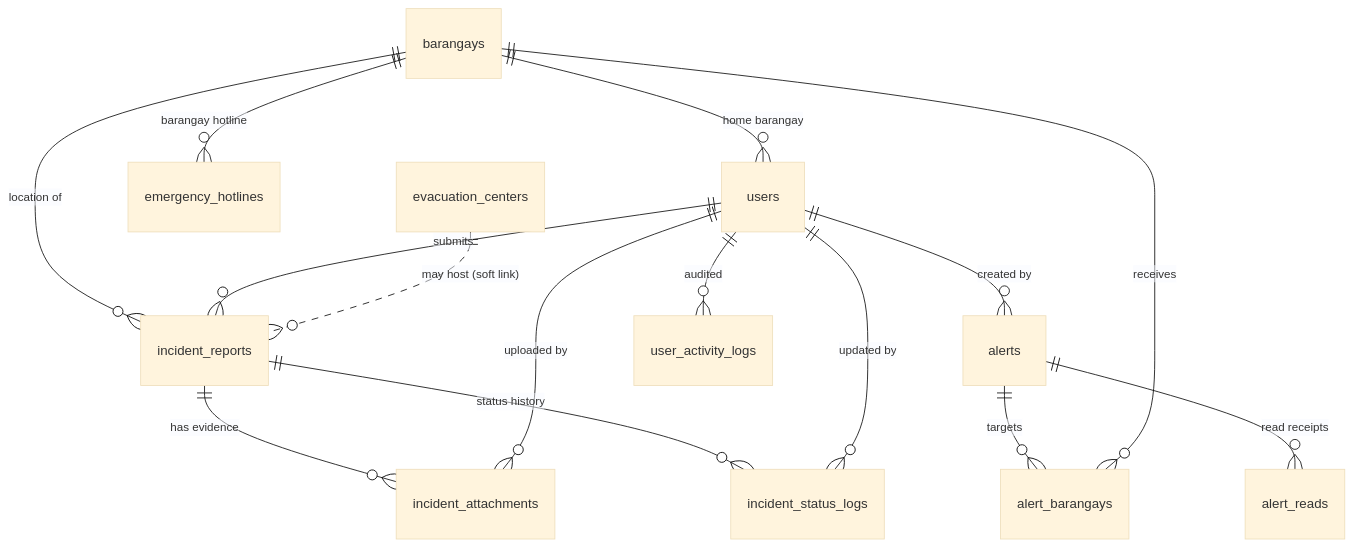
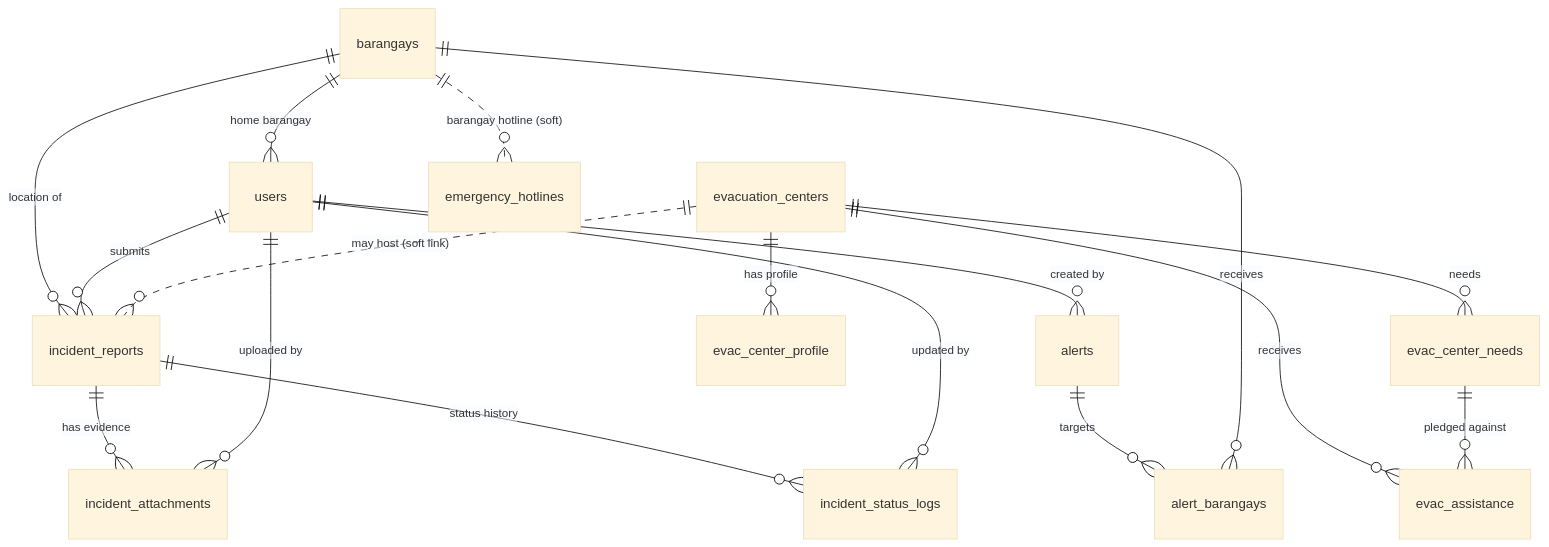
The diagram in obilak-docs/DATABASE.md (Pepengtuta/sastershit), drawn with Mermaid (base theme) before and after one commit. The commit also changed other lines of this file, not shown here.

Commit message:
docs: rewrite DATABASE.md for the current 16-table schema

````diff
--- a/obilak-docs/DATABASE.md
+++ b/obilak-docs/DATABASE.md
@@ -12,17 +55,19 @@
 ```mermaid
 erDiagram
     barangays ||--o{ users : "home barangay"
     barangays ||--o{ incident_reports : "location of"
     users ||--o{ incident_reports : "submits"
     incident_reports ||--o{ incident_attachments : "has evidence"
     incident_reports ||--o{ incident_status_logs : "status history"
     users ||--o{ incident_attachments : "uploaded by"
     users ||--o{ incident_status_logs : "updated by"
     users ||--o{ alerts : "created by"
     alerts ||--o{ alert_barangays : "targets"
     barangays ||--o{ alert_barangays : "receives"
-    alerts ||--o{ alert_reads : "read receipts"
-    users ||--o{ user_activity_logs : "audited"
-    barangays ||--o{ emergency_hotlines : "barangay hotline"
+    evacuation_centers ||--o{ evac_center_profile : "has profile"
+    evacuation_centers ||--o{ evac_center_needs : "needs"
+    evacuation_centers ||--o{ evac_assistance : "receives"
+    evac_center_needs ||--o{ evac_assistance : "pledged against"
     evacuation_centers ||..o{ incident_reports : "may host (soft link)"
+    barangays ||..o{ emergency_hotlines : "barangay hotline (soft)"
 ```
````
